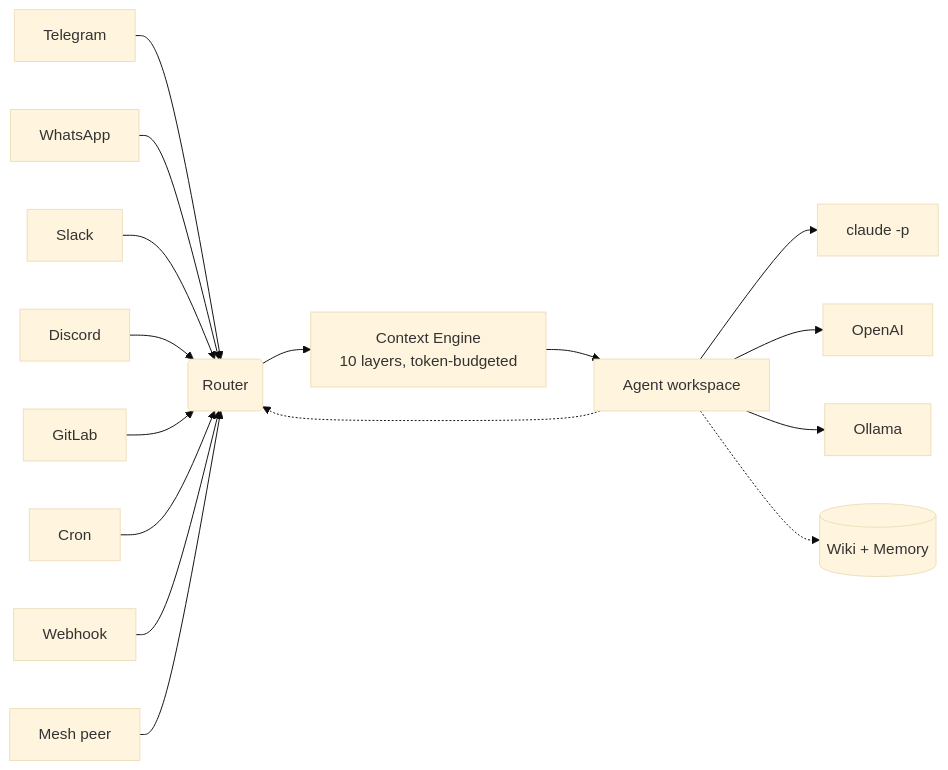
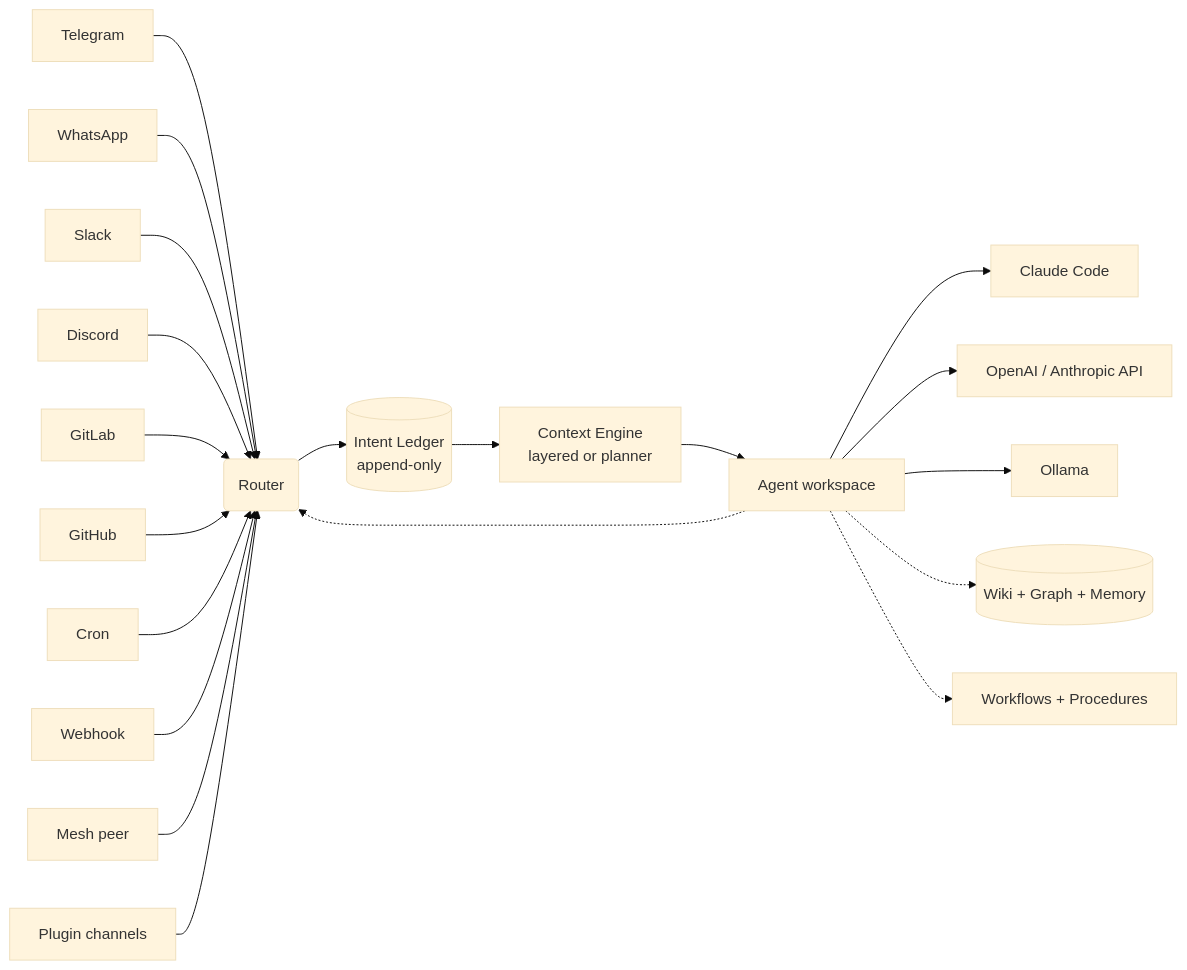
Before and after one commit to anis-marrouchi/agentx: the diagram in README.md, drawn with Mermaid (base theme). The commit also changed other lines of this file, not shown here.

````diff
--- a/README.md
+++ b/README.md
@@ -85,18 +129,22 @@
 ```mermaid
 graph LR
   T[Telegram] --> R(Router)
   W[WhatsApp] --> R
   S[Slack] --> R
   D[Discord] --> R
   G[GitLab] --> R
+  GH[GitHub] --> R
   C[Cron] --> R
   H[Webhook] --> R
   M[Mesh peer] --> R
-  R --> CTX[Context Engine<br/>10 layers, token-budgeted]
+  PL[Plugin channels] --> R
+  R --> LDG[(Intent Ledger<br/>append-only)]
+  LDG --> CTX[Context Engine<br/>layered or planner]
   CTX --> AG[Agent workspace]
-  AG --> P1[claude -p]
-  AG --> P2[OpenAI]
+  AG --> P1[Claude Code]
+  AG --> P2[OpenAI / Anthropic API]
   AG --> P3[Ollama]
-  AG -.-> MEM[(Wiki + Memory)]
+  AG -.-> MEM[(Wiki + Graph + Memory)]
+  AG -.-> WF[Workflows + Procedures]
   AG -.-> R
 ```
````
